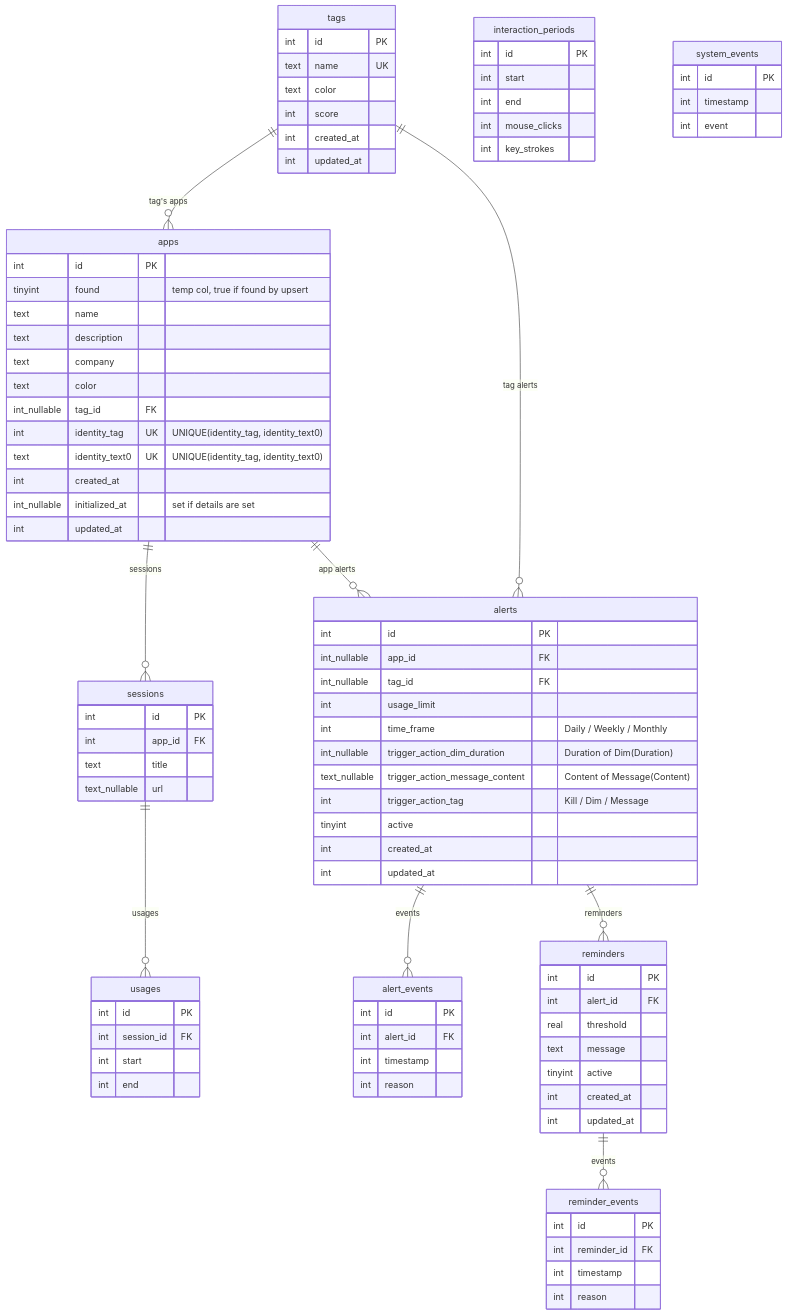
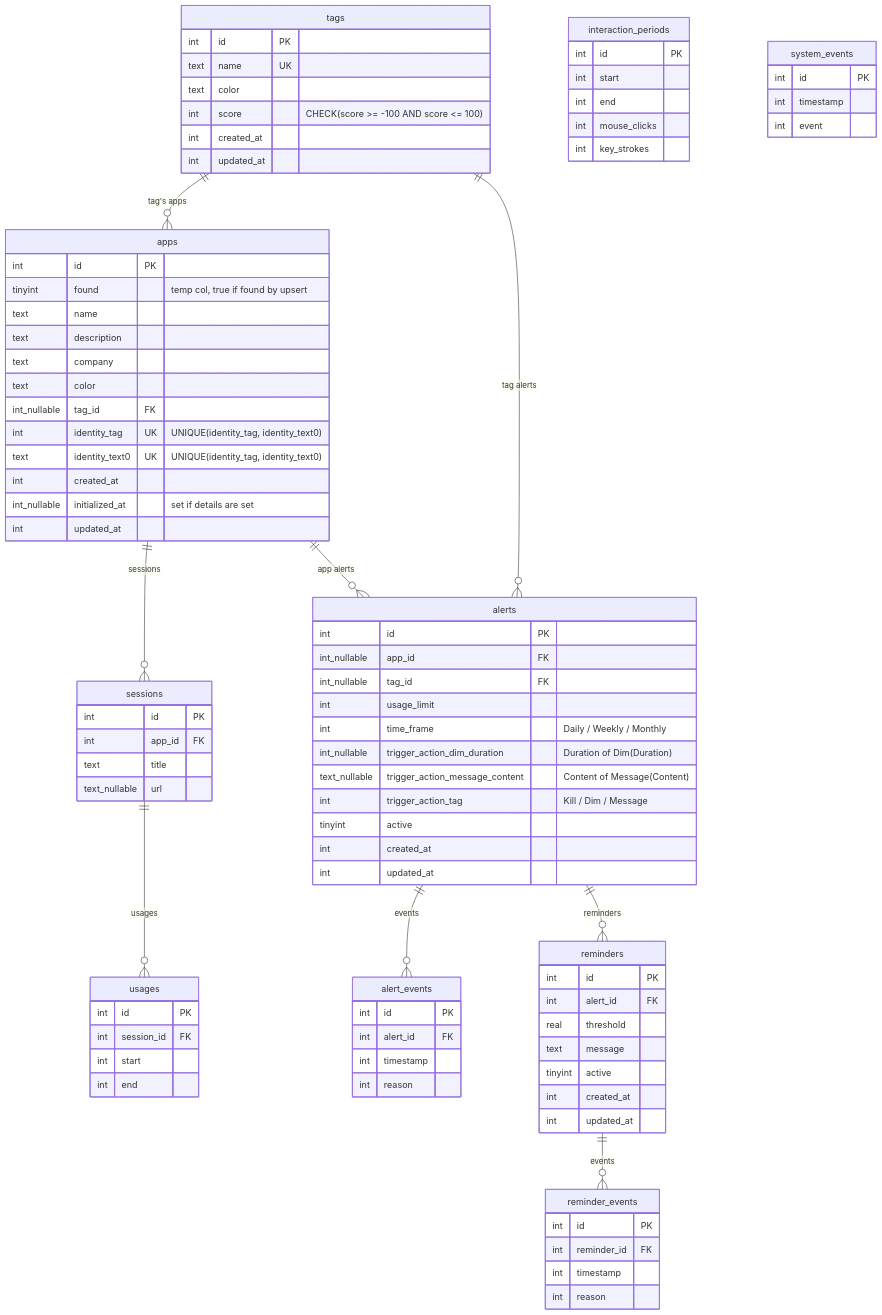
Before and after one commit to Enigmatrix/Cobalt: the second of 2 diagrams in docs/ARCHITECTURE.md, drawn with Mermaid. The commit also changed other lines of this file and 4 other files, not shown here.

```diff
--- a/docs/ARCHITECTURE.md
+++ b/docs/ARCHITECTURE.md
@@ -153,7 +154,7 @@
         int             id PK
         text            name UK
         text            color
-        int             score
+        int             score "CHECK(score >= -100 AND score <= 100)"
         int             created_at
         int             updated_at
     }
```
